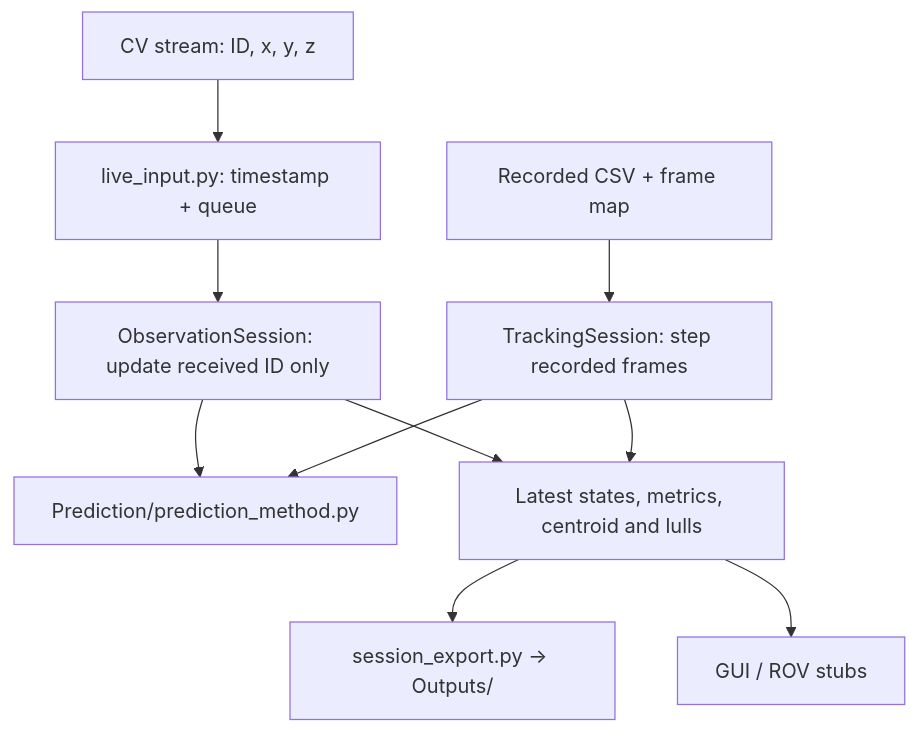
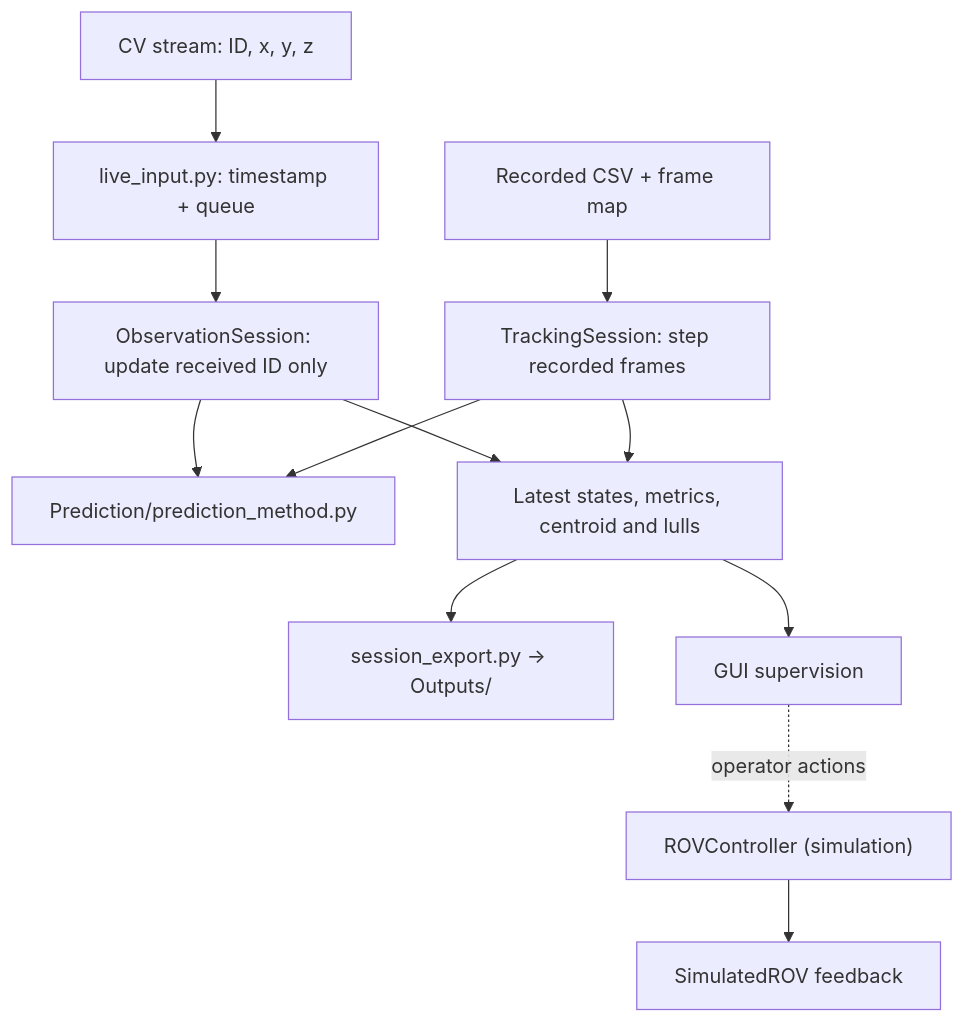
Before and after one commit to Ajpirie/underwater-rov-mussel-tracking: the first of 2 diagrams in Integration/README.md, drawn with Mermaid. The commit also changed other lines of this file and 11 other files, not shown here.

````diff
--- a/Integration/README.md
+++ b/Integration/README.md
@@ -7,12 +7,14 @@
 ```mermaid
 flowchart TB
     A["CV stream: ID, x, y, z"] --> B["live_input.py: timestamp + queue"]
     B --> C["ObservationSession: update received ID only"]
     D["Recorded CSV + frame map"] --> E["TrackingSession: step recorded frames"]
     C --> F["Prediction/prediction_method.py"]
     E --> F
     C --> G["Latest states, metrics, centroid and lulls"]
     E --> G
     G --> H["session_export.py → Outputs/"]
-    G --> I["GUI / ROV stubs"]
+    G --> I["GUI supervision"]
+    I -. "operator actions" .-> J["ROVController (simulation)"]
+    J --> K["SimulatedROV feedback"]
 ```
````
